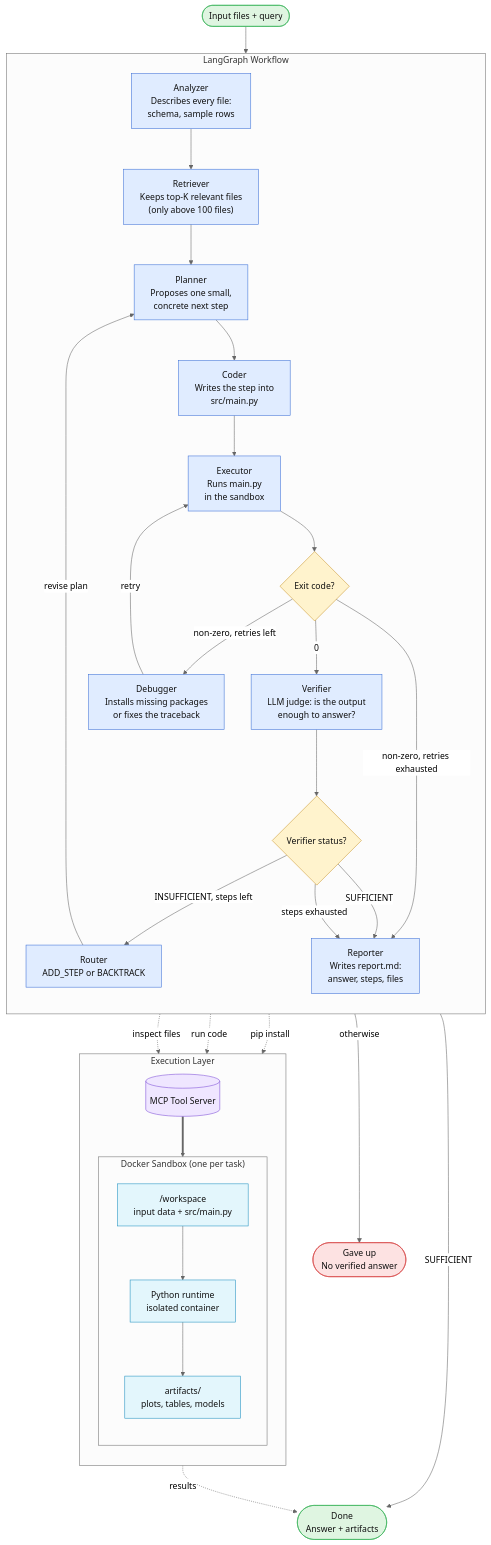
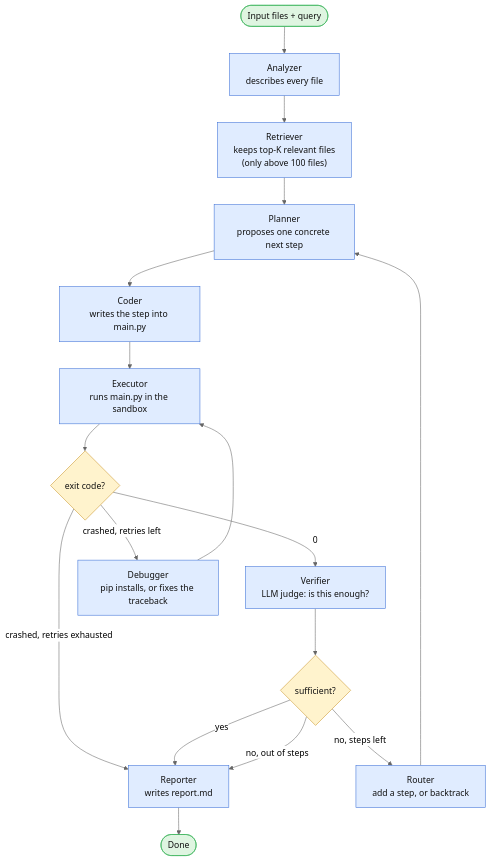
Before and after one commit to TalentedSD19/DataScientistOS: the diagram in README.md, drawn with Mermaid (neutral theme). The commit also changed other lines of this file and 8 other files, not shown here.

````diff
--- a/README.md
+++ b/README.md
@@ -15,74 +53,30 @@
 ```mermaid
 flowchart TD
-    START(["Input files + query"])
+    START(["Input files + query"]) --> Analyzer
 
-    subgraph LG["LangGraph Workflow"]
-        direction TB
-        Analyzer["Analyzer<br/>Describes every file:<br/>schema, sample rows"]
-        Retriever["Retriever<br/>Keeps top-K relevant files<br/>(only above 100 files)"]
-        Planner["Planner<br/>Proposes one small,<br/>concrete next step"]
-        Coder["Coder<br/>Writes the step into<br/>src/main.py"]
-        Executor["Executor<br/>Runs main.py<br/>in the sandbox"]
-        ExecDecision{"Exit code?"}
-        Debugger["Debugger<br/>Installs missing packages<br/>or fixes the traceback"]
-        Verifier["Verifier<br/>LLM judge: is the output<br/>enough to answer?"]
-        VerifierDecision{"Verifier status?"}
-        Router["Router<br/>ADD_STEP or BACKTRACK"]
-        Reporter["Reporter<br/>Writes report.md:<br/>answer, steps, files"]
+    Analyzer["Analyzer<br/>describes every file"] --> Retriever
+    Retriever["Retriever<br/>keeps top-K relevant files<br/>(only above 100 files)"] --> Planner
+    Planner["Planner<br/>proposes one concrete next step"] --> Coder
+    Coder["Coder<br/>writes the step into main.py"] --> Executor
+    Executor["Executor<br/>runs main.py in the sandbox"] --> ExecOK{"exit code?"}
 
-        Analyzer --> Retriever
-        Retriever --> Planner
-        Planner --> Coder
-        Coder --> Executor
-        Executor --> ExecDecision
-        ExecDecision -- "0" --> Verifier
-        ExecDecision -- "non-zero, retries left" --> Debugger
-        Debugger -- "retry" --> Executor
-        Verifier --> VerifierDecision
-        VerifierDecision -- "INSUFFICIENT, steps left" --> Router
-        Router -- "revise plan" --> Planner
-    end
+    ExecOK -- "0" --> Verifier
+    ExecOK -- "crashed, retries left" --> Debugger["Debugger<br/>pip installs, or fixes the traceback"]
+    ExecOK -- "crashed, retries exhausted" --> Reporter
+    Debugger --> Executor
 
-    subgraph INFRA["Execution Layer"]
-        direction TB
-        MCP[("MCP Tool Server")]
-        subgraph DOCKER["Docker Sandbox (one per task)"]
-            direction TB
-            Workspace["/workspace<br/>input data + src/main.py"]
-            Runtime["Python runtime<br/>isolated container"]
-            Artifacts["artifacts/<br/>plots, tables, models"]
-            Workspace --> Runtime
-            Runtime --> Artifacts
-        end
-        MCP ==> DOCKER
-    end
+    Verifier["Verifier<br/>LLM judge: is this enough?"] --> VerOK{"sufficient?"}
+    VerOK -- "yes" --> Reporter
+    VerOK -- "no, steps left" --> Router["Router<br/>add a step, or backtrack"]
+    VerOK -- "no, out of steps" --> Reporter
+    Router --> Planner
 
-    GiveUp(["Gave up<br/>No verified answer"])
-    Done(["Done<br/>Answer + artifacts"])
+    Reporter["Reporter<br/>writes report.md"] --> Done(["Done"])
 
-    START --> Analyzer
-    ExecDecision -- "non-zero, retries exhausted" --> Reporter
-    VerifierDecision -- "SUFFICIENT" --> Reporter
-    VerifierDecision -- "steps exhausted" --> Reporter
-    Reporter -- "SUFFICIENT" --> Done
-    Reporter -- "otherwise" --> GiveUp
-
-    Analyzer -. "inspect files" .-> MCP
-    Executor -. "run code" .-> MCP
-    Debugger -. "pip install" .-> MCP
-    Artifacts -. "results" .-> Done
-
-    classDef agent fill:#e0ecff,stroke:#3b6fd6,stroke-width:1px,color:#111111
-    classDef decision fill:#fff3cd,stroke:#c9962c,stroke-width:1px,color:#111111
-    classDef success fill:#dff5e1,stroke:#3bb35a,stroke-width:1px,color:#111111
-    classDef failure fill:#fde2e2,stroke:#d64545,stroke-width:1px,color:#111111
-    classDef mcp fill:#efe6ff,stroke:#7b4bd6,stroke-width:1px,color:#111111
-    classDef docker fill:#e3f6fc,stroke:#1d8fbf,stroke-width:1px,color:#111111
-
+    classDef agent fill:#e0ecff,stroke:#3b6fd6,color:#111
+    classDef decision fill:#fff3cd,stroke:#c9962c,color:#111
+    classDef term fill:#dff5e1,stroke:#3bb35a,color:#111
     class Analyzer,Retriever,Planner,Coder,Executor,Debugger,Verifier,Router,Reporter agent
-    class ExecDecision,VerifierDecision decision
-    class START,Done success
-    class GiveUp failure
-    class MCP mcp
-    class Workspace,Runtime,Artifacts docker
+    class ExecOK,VerOK decision
+    class START,Done term
 ```
````
